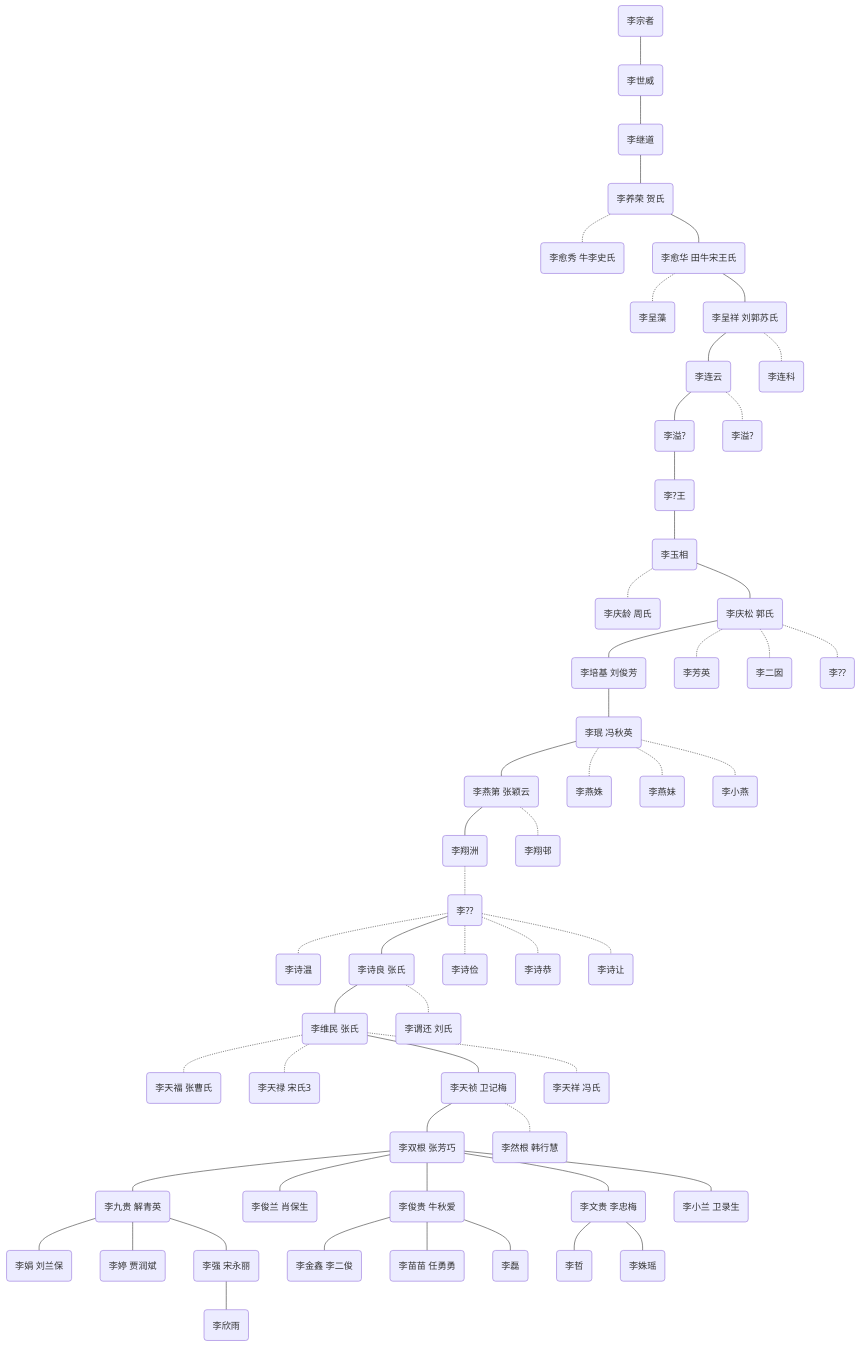
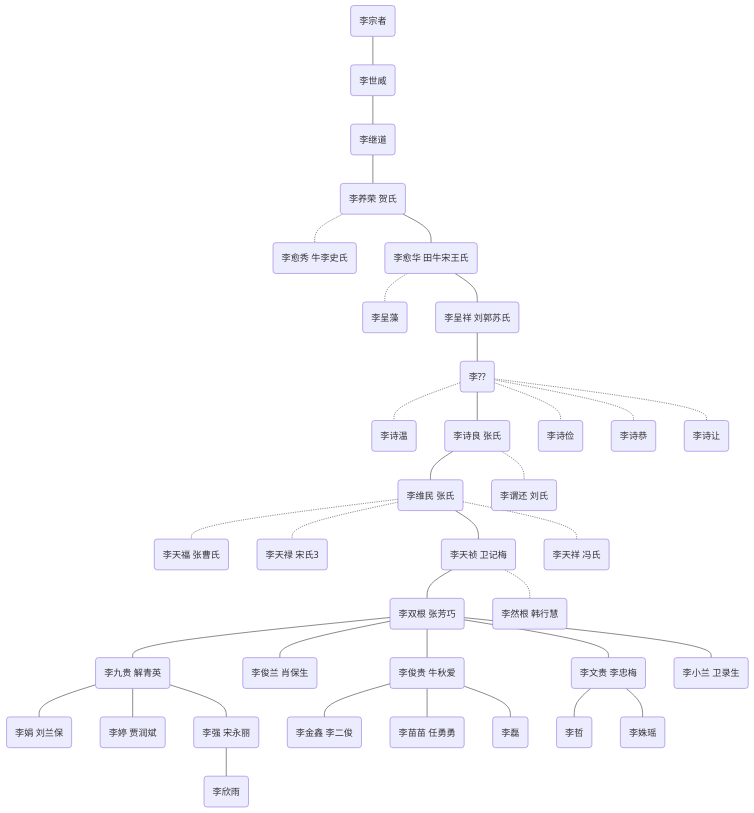
One commit to nomadli/nomadli.github.io changed the diagram in _posts/2025-02-10-genealogy.md. Above: the diagram before and after it, drawn with Mermaid. The commit also changed 1 other file, not shown here.

Commit message:
update info

```diff
--- a/_posts/2025-02-10-genealogy.md
+++ b/_posts/2025-02-10-genealogy.md
@@ -24,25 +24,6 @@
 zp005002(李愈华 田牛宋王氏)
 zp006001(李呈藻)
 zp006002(李呈祥 刘郭苏氏)
-zp007001(李连云)
-zp007002(李连科)
-zp008001(李溢?)
-zp008002(李溢?)
-zp009001(李?王)
-zp010001(李玉相)
-zp011001(李庆龄 周氏)
-zp011002(李庆松 郭氏)
-zp012001(李培基 刘俊芳)
-zp012002(李芳英)
-zp012003(李二囡)
-zp012004(李??)
-zp013001(李珉 冯秋英)
-zp014001(李燕第 张颖云)
-zp014002(李燕姝)
-zp014003(李燕妹)
-zp014004(李小燕)
-zp015001(李翔洲)
-zp015002(李翔邨)
 zp01?00?(李??)
 zp017001(李诗温)
 zp017002(李诗良 张氏)
@@ -79,26 +60,7 @@
 zp004001 --- zp005002
 zp005002 -.- zp006001
 zp005002 --- zp006002
-zp006002 --- zp007001
-zp006002 -.- zp007002
-zp007001 --- zp008001
-zp007001 -.- zp008002
-zp008001 --- zp009001
-zp009001 --- zp010001
-zp010001 -.- zp011001
-zp010001 --- zp011002
-zp011002 --- zp012001
-zp011002 -.- zp012002
-zp011002 -.- zp012003
-zp011002 -.- zp012004
-zp012001 --- zp013001
-zp013001 --- zp014001
-zp013001 -.- zp014002
-zp013001 -.- zp014003
-zp013001 -.- zp014004
-zp014001 --- zp015001
-zp014001 -.- zp015002
-zp015001 -.- zp01?00?
+zp006002 --- zp01?00?
 zp01?00? -.- zp017001
 zp01?00? --- zp017002
 zp01?00? -.- zp017003
```
